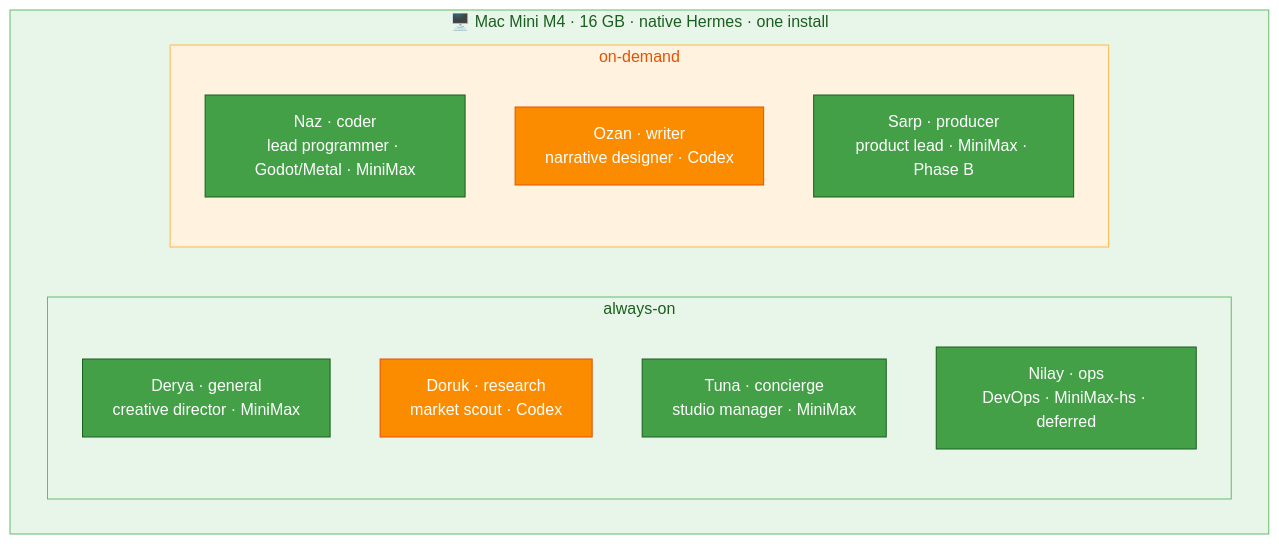
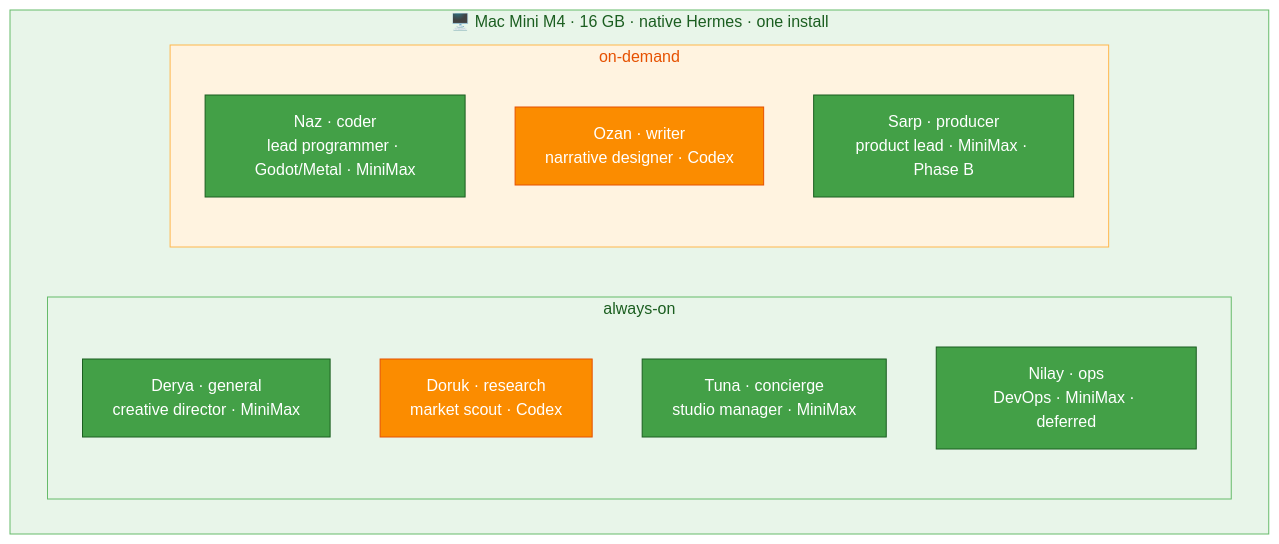
One commit to mpolatcan/hermes-setup changed the diagram in docs/02-agents.md. Above: the diagram before and after it, drawn with Mermaid (base theme). The commit also changed other lines of this file and 3 other files, not shown here.

First line of the commit message:
docs(models): rebuild around $20 MiniMax Token Plan, drop highspeed

````diff
--- a/docs/02-agents.md
+++ b/docs/02-agents.md
@@ -7,21 +7,21 @@
 ```mermaid
 flowchart TB
     subgraph Mini["🖥️ Mac Mini M4 · 16 GB · native Hermes · one install"]
         subgraph always["always-on"]
             general["Derya · general<br/>creative director · MiniMax"]:::mini
             research["Doruk · research<br/>market scout · Codex"]:::codex
             concierge["Tuna · concierge<br/>studio manager · MiniMax"]:::mini
-            ops["Nilay · ops<br/>DevOps · MiniMax-hs · deferred"]:::mini
+            ops["Nilay · ops<br/>DevOps · MiniMax · deferred"]:::mini
         end
         subgraph demand["on-demand"]
             coder["Naz · coder<br/>lead programmer · Godot/Metal · MiniMax"]:::mini
             writer["Ozan · writer<br/>narrative designer · Codex"]:::codex
             producer["Sarp · producer<br/>product lead · MiniMax · Phase B"]:::mini
         end
     end
     classDef mini fill:#43A047,stroke:#1B5E20,color:#fff
     classDef codex fill:#FB8C00,stroke:#E65100,color:#fff
     style Mini fill:#E8F5E9,stroke:#66BB6A,color:#1B5E20
     style always fill:#E8F5E9,stroke:#66BB6A,color:#1B5E20
     style demand fill:#FFF3E0,stroke:#FFB74D,color:#E65100
 ```
````
